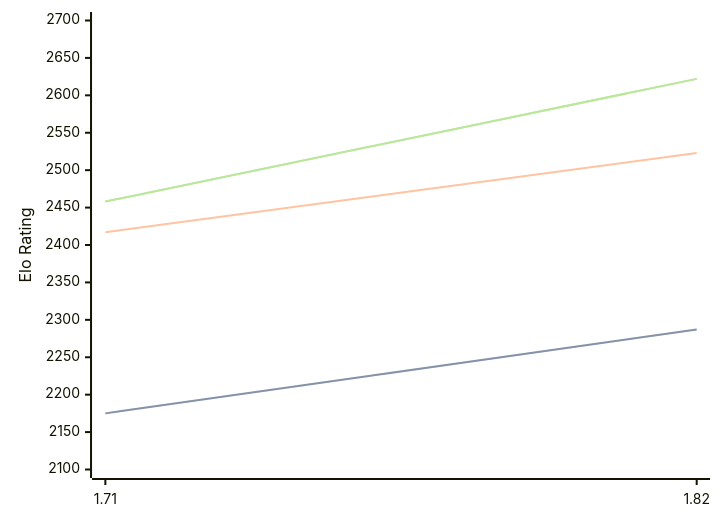
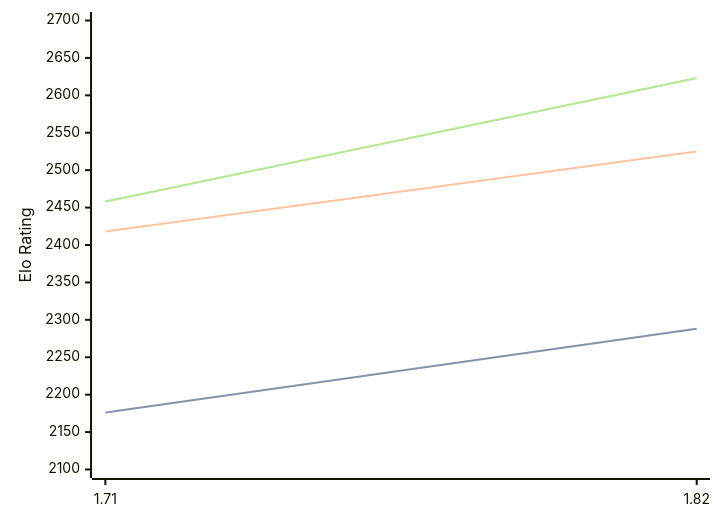
The diagram in engines/Amira.md (computer-chess-index/cci), drawn with Mermaid before and after one commit. The commit also changed other lines of this file, not shown here.

Commit message:
Update CCI Ratings (ELO VLTC) - 2026-07-23

````diff
--- a/engines/Amira.md
+++ b/engines/Amira.md
@@ -35,11 +35,11 @@
 ```mermaid
 %%{init: {"theme":"base","themeVariables":{"seriesColors:['#a3a3a3','#222221','#faa371']}}}%%
 xychart-beta
   x-axis ["1.71", "1.82"]
   y-axis "Elo Rating" 2100 --> 2700
-  line "STC (8.0+0.08s)" [2175, 2287]
-  line "STC (8.0+0.08s)" [2175, 2287]
-  line "LTC (60.0+0.60s)" [2417, 2523]
-  line "VLTC (2m24s+1.12s)" [2458, 2622]
-  line "VLTC (2m24s+1.12s)" [2458, 2622]
+  line "STC (8.0+0.08s)" [2176, 2288]
+  line "STC (8.0+0.08s)" [2176, 2288]
+  line "LTC (60.0+0.60s)" [2418, 2525]
+  line "VLTC (2m24s+1.12s)" [2458, 2623]
+  line "VLTC (2m24s+1.12s)" [2458, 2623]
 ```
````
